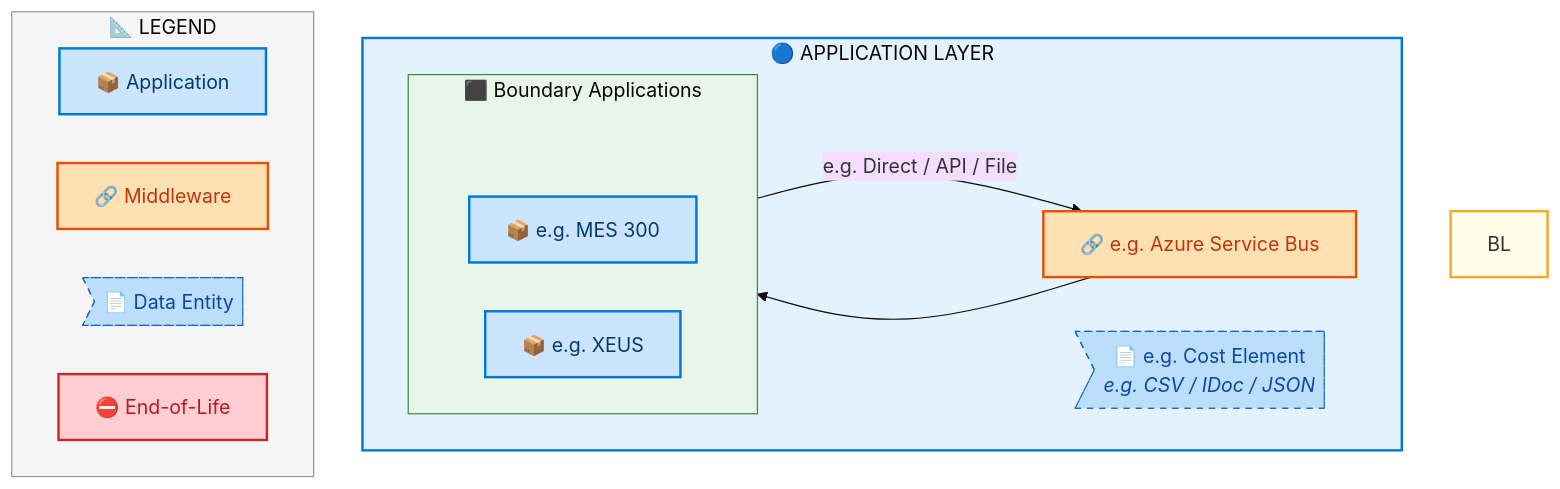
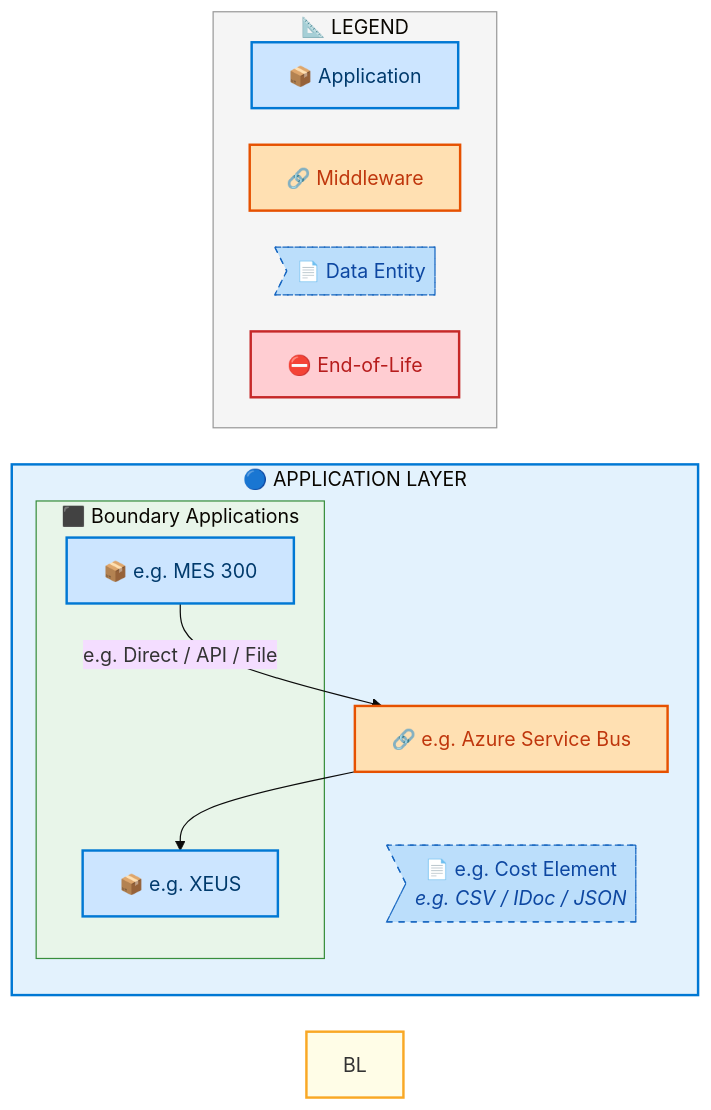
Before and after one commit to sajivfrancis777/IAO-Architecture: the eighth of 11 diagrams in towers/E2E/Forecast to Stock/E2E-84/output/docs/systems-architecture/E2E-84-Architecture.md, drawn with Mermaid. The commit also changed other lines of this file and 252 other files, not shown here.

First line of the commit message:
fix: remove Mermaid ~~~ rank chain causing syntax error in v11.14.0

````diff
--- a/towers/E2E/Forecast to Stock/E2E-84/output/docs/systems-architecture/E2E-84-Architecture.md
+++ b/towers/E2E/Forecast to Stock/E2E-84/output/docs/systems-architecture/E2E-84-Architecture.md
@@ -1484,44 +1484,40 @@
 ```mermaid
-%%{init: {"theme": "base", "securityLevel": "loose", "themeVariables": {"fontSize": "16px", "fontFamily": "Segoe UI, Arial, sans-serif"}, "flowchart": {"useMaxWidth": false, "htmlLabels": true, "nodeSpacing": 40, "rankSpacing": 50}} }%%
-flowchart TB
+%%{init: {"theme": "base", "securityLevel": "loose", "themeVariables": {"fontSize": "16px", "fontFamily": "Segoe UI, Arial, sans-serif"}, "flowchart": {"useMaxWidth": false, "htmlLabels": true, "nodeSpacing": 30, "rankSpacing": 35}} }%%
+flowchart LR
     %% -- ArchiMate 3.2 + Azure style classes --
     classDef business      fill:#FFFFB3,stroke:#F9A825,stroke-width:2px,color:#000
     classDef app           fill:#CCE5FF,stroke:#0078D4,stroke-width:2px,color:#003A6C
     classDef data          fill:#BBDEFB,stroke:#1565C0,stroke-width:1px,color:#0D47A1,stroke-dasharray: 5 5
     classDef middleware    fill:#FFE0B2,stroke:#E65100,stroke-width:2px,color:#BF360C
     classDef eol           fill:#FFCDD2,stroke:#C62828,stroke-width:2px,color:#B71C1C
     classDef saas          fill:#E1BEE7,stroke:#7B1FA2,stroke-width:2px,color:#4A148C
     classDef cloud         fill:#BBDEFB,stroke:#1565C0,stroke-width:2px,color:#0D47A1
     classDef onprem        fill:#C8E6C9,stroke:#2E7D32,stroke-width:2px,color:#1B5E20
-    classDef rankAnchor    fill:none,stroke:none,color:transparent,font-size:1px
 
     subgraph AL["🔵 APPLICATION LAYER"]
-        direction LR
         subgraph E2E84CLN_Boundary_Applications[" ⬛ Boundary Applications"]
-            direction LR
-            E2E84C_ALRANK_0[ ]:::rankAnchor
             E2E84C_e_g_MES_300["📦 e.g. MES 300"]:::app
             E2E84C_e_g_XEUS["📦 e.g. XEUS"]:::app
         end
         E2E84CMW_e_g_Azure_Service_Bus["🔗 e.g. Azure Service Bus"]:::middleware
         E2E84CDE_e_g_Cost_Element>"📄 e.g. Cost Element<br/><i>e.g. CSV / IDoc / JSON</i>"]:::data
     end
 
     E2E84C_e_g_MES_300 -->|"e.g. Direct / API / File"| E2E84CMW_e_g_Azure_Service_Bus
     E2E84CMW_e_g_Azure_Service_Bus --> E2E84C_e_g_XEUS
 
 
     style BL fill:#FFFDE7,stroke:#F9A825,stroke-width:2px
     style AL fill:#E3F2FD,stroke:#0078D4,stroke-width:2px
 
     style E2E84CLN_Boundary_Applications fill:#E8F5E9,stroke:#388E3C,stroke-width:1px
 
     subgraph Legend["📐 LEGEND"]
         direction LR
         L_APP["📦 Application"]:::app
         L_MW["🔗 Middleware"]:::middleware
         L_DE>"📄 Data Entity"]:::data
         L_EOL["⛔ End-of-Life"]:::eol
     end
     style Legend fill:#F5F5F5,stroke:#999,stroke-width:1px
 ```
````
